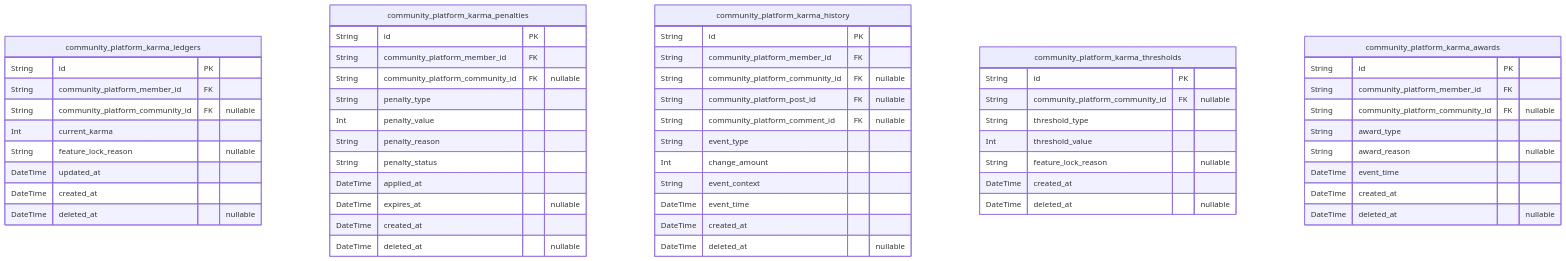
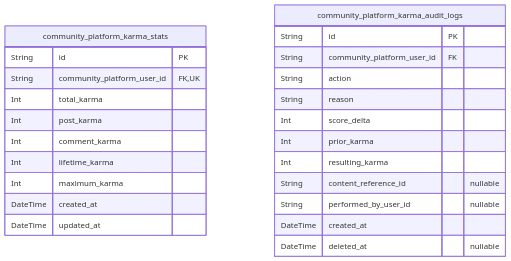
The tenth of 10 diagrams in openai/gpt-4.1/reddit/docs/ERD.md (wrtnlabs/autobe-examples), drawn with Mermaid before and after one commit. The commit also changed other lines of this file and 16146 other files, not shown here.

````diff
--- a/openai/gpt-4.1/reddit/docs/ERD.md
+++ b/openai/gpt-4.1/reddit/docs/ERD.md
@@ -1305,58 +1184,27 @@
 ```mermaid
 erDiagram
-"community_platform_karma_ledgers" {
+"community_platform_karma_stats" {
   String id PK
-  String community_platform_member_id FK
-  String community_platform_community_id FK "nullable"
-  Int current_karma
-  String feature_lock_reason "nullable"
+  String community_platform_user_id FK,UK
+  Int total_karma
+  Int post_karma
+  Int comment_karma
+  Int lifetime_karma
+  Int maximum_karma
+  DateTime created_at
   DateTime updated_at
-  DateTime created_at
-  DateTime deleted_at "nullable"
 }
-"community_platform_karma_penalties" {
+"community_platform_karma_audit_logs" {
   String id PK
-  String community_platform_member_id FK
-  String community_platform_community_id FK "nullable"
-  String penalty_type
-  Int penalty_value
-  String penalty_reason
-  String penalty_status
-  DateTime applied_at
-  DateTime expires_at "nullable"
-  DateTime created_at
-  DateTime deleted_at "nullable"
-}
-"community_platform_karma_history" {
-  String id PK
-  String community_platform_member_id FK
-  String community_platform_community_id FK "nullable"
-  String community_platform_post_id FK "nullable"
-  String community_platform_comment_id FK "nullable"
-  String event_type
-  Int change_amount
-  String event_context
-  DateTime event_time
-  DateTime created_at
-  DateTime deleted_at "nullable"
-}
-"community_platform_karma_thresholds" {
-  String id PK
-  String community_platform_community_id FK "nullable"
-  String threshold_type
-  Int threshold_value
-  String feature_lock_reason "nullable"
-  DateTime created_at
-  DateTime deleted_at "nullable"
-}
-"community_platform_karma_awards" {
-  String id PK
-  String community_platform_member_id FK
-  String community_platform_community_id FK "nullable"
-  String award_type
-  String award_reason "nullable"
-  DateTime event_time
+  String community_platform_user_id FK
+  String action
+  String reason
+  Int score_delta
+  Int prior_karma
+  Int resulting_karma
+  String content_reference_id "nullable"
+  String performed_by_user_id "nullable"
   DateTime created_at
   DateTime deleted_at "nullable"
 }
 ```
````
